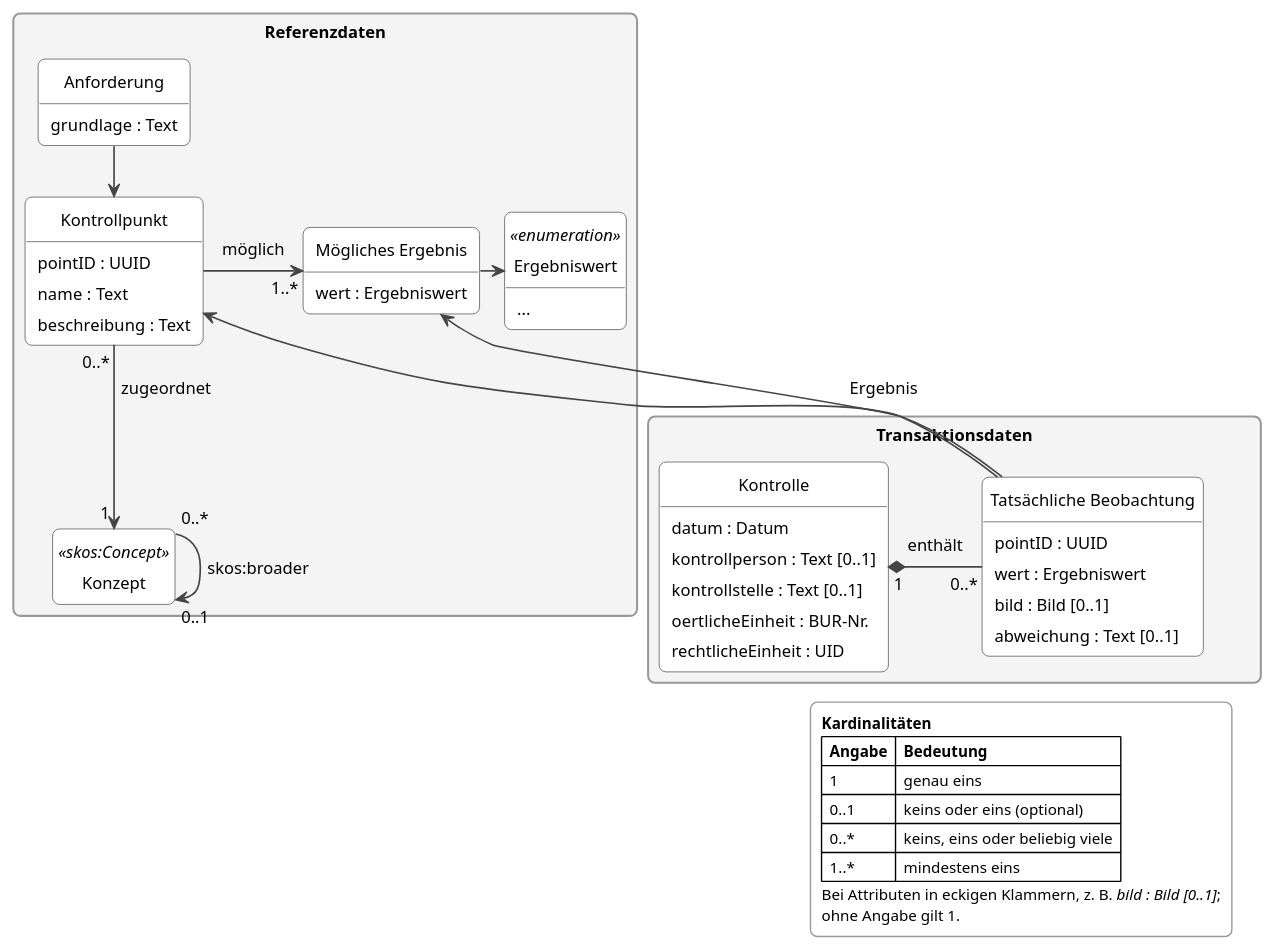
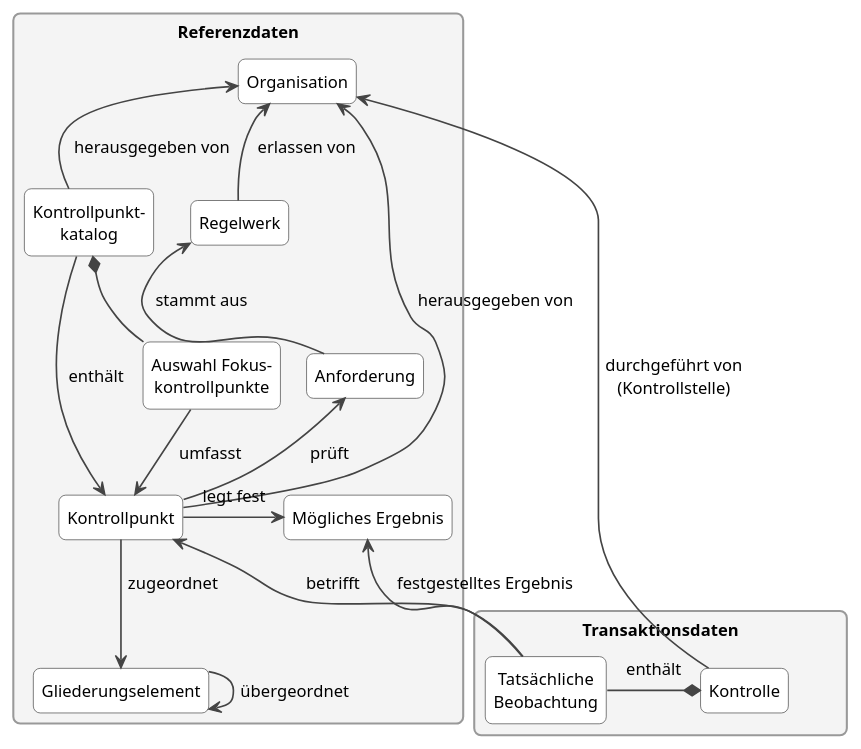
The diagram in docs/de/assets/puml/conceptual_model.puml (Persilian/eCH-0264), drawn with PlantUML before and after one commit. The commit also changed other lines of this file, not shown here.

Commit message:
Reduce conceptual data model to classes and relations
Add Organisation, Regelwerk, Kontrollpunktkatalog and the selection of
Fokuskontrollpunkte. Attributes, data types and cardinalities move to
the logical data model.

```diff
--- a/docs/de/assets/puml/conceptual_model.puml
+++ b/docs/de/assets/puml/conceptual_model.puml
@@ -4,82 +5,50 @@
 @startuml
 !pragma layout smetana
 skinparam shadowing false
 skinparam roundCorner 10
 skinparam packageStyle rectangle
 skinparam defaultFontSize 12
 skinparam Padding 3
 skinparam ArrowColor #444444
 skinparam ArrowThickness 1.2
 skinparam classBorderColor #444444
 skinparam classBackgroundColor #FFFFFF
 skinparam packageBorderColor #999999
 skinparam packageBackgroundColor #F4F4F4
-skinparam noteBorderColor #999999
-skinparam noteBackgroundColor #FFFFFF
-skinparam classAttributeIconSize 0
-skinparam legendBorderColor #999999
-skinparam legendBackgroundColor #FFFFFF
-skinparam legendFontSize 11
 hide circle
 hide empty members
 
 package "Referenzdaten" as REF {
-  class "Anforderung" as ANF {
-    grundlage : Text
-  }
-  class "Konzept" as KZ <<skos:Concept>>
-  class "Kontrollpunkt" as KP {
-    pointID : UUID
-    name : Text 
-    beschreibung : Text
-  }
-  class "Mögliches Ergebnis" as ERG {
-    wert : Ergebniswert
-  }
-  enum "Ergebniswert" as ERGW <<enumeration>> {
-    ...
-  }
+  class "Organisation" as ORG
+  class "Regelwerk" as RW
+  class "Anforderung" as ANF
+  class "Kontrollpunkt" as KP
+  class "Mögliches Ergebnis" as ERG
+  class "Gliederungselement" as GE
+  class "Kontrollpunkt-\nkatalog" as KAT
+  class "Auswahl Fokus-\nkontrollpunkte" as FKP
 
-  ' Gliederung: ein Kontrollpunkt ist einem Konzept zugeordnet; Konzepte sind
-  ' über skos:broader beliebig tief verschachtelt (z. B. Kontrollbereich > Rubrik > Gruppe)
-  KZ "0..*" --> "0..1" KZ : skos:broader
-  KP "0..*" --> "1" KZ : zugeordnet
-
-  ANF --> KP
-  KP -right-> "1..*" ERG : möglich
-  ERG -right-> ERGW
+  RW -up-> ORG : erlassen von
+  ANF -up-> RW : stammt aus
+  KP -up-> ANF : prüft
+  KP -up-> ORG : herausgegeben von
+  KP -right-> ERG : legt fest
+  KP --> GE : zugeordnet
+  GE --> GE : übergeordnet
+  KAT --> KP : enthält
+  KAT -up-> ORG : herausgegeben von
+  KAT *-- FKP
+  FKP --> KP : umfasst
 }
 
 package "Transaktionsdaten" as TRX {
-  ' Verweise auf Stammdaten über Identifikatoren
-  class "Kontrolle" as KON {
-    datum : Datum
-    kontrollperson : Text [0..1]
-    kontrollstelle : Text [0..1]
-    oertlicheEinheit : BUR-Nr.
-    rechtlicheEinheit : UID
-  }
-  class "Tatsächliche Beobachtung" as BEO {
-    pointID : UUID
-    wert : Ergebniswert
-    bild : Bild [0..1]
-    abweichung : Text [0..1]
-  }
-  KON "1" *-right- "0..*" BEO : enthält
+  class "Kontrolle" as KON
+  class "Tatsächliche\nBeobachtung" as BEO
+  KON *-right- BEO : enthält
 }
 
-BEO -up-> KP
-BEO -up-> ERG : Ergebnis
+BEO -up-> KP : betrifft
+BEO -up-> ERG : festgestelltes Ergebnis
+KON -up-> ORG : durchgeführt von\n(Kontrollstelle)
 REF -[hidden]down- TRX
-
-legend bottom right
-  <b>Kardinalitäten</b>
-  |= Angabe |= Bedeutung |
-  | 1 | genau eins |
-  | 0..1 | keins oder eins (optional) |
-  | 0..* | keins, eins oder beliebig viele |
-  | 1..* | mindestens eins |
-  Bei Attributen in eckigen Klammern, z. B. <i>bild : Bild [0..1]</i>;
-  ohne Angabe gilt 1.
-endlegend
 @enduml
```
